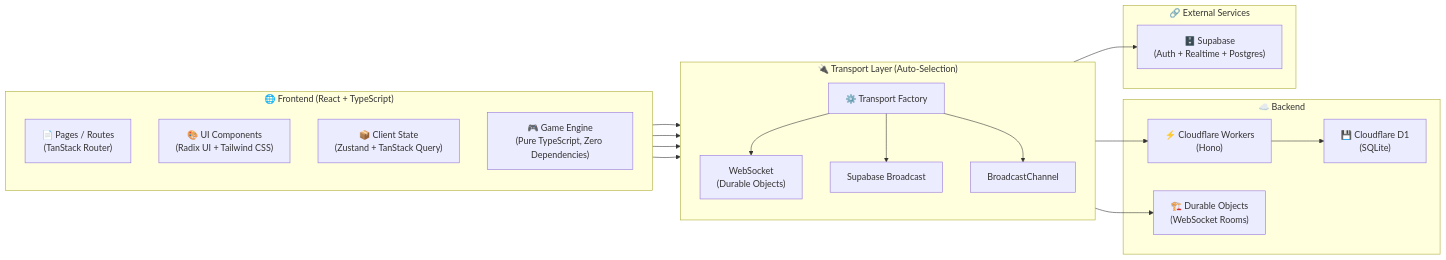
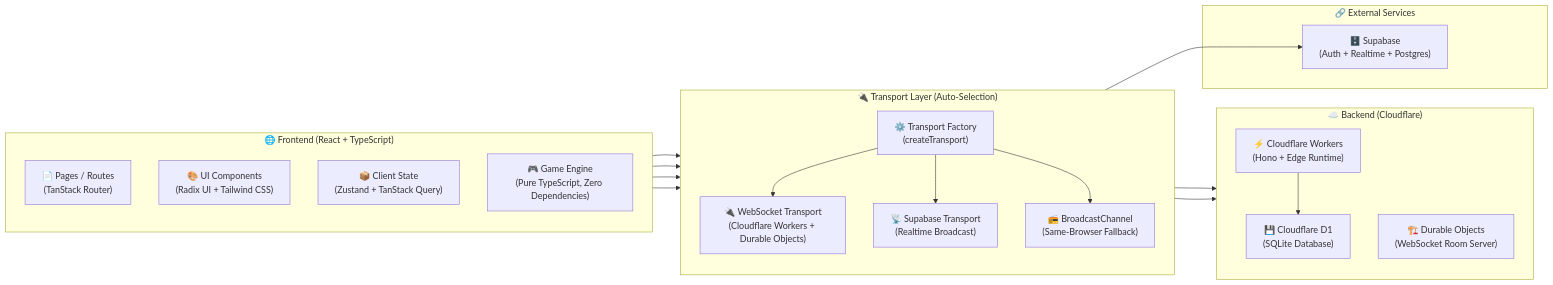
The diagram in README.md (itzbyteglitch/WildCards), drawn with Mermaid before and after one commit. The commit also changed other lines of this file, not shown here.

````diff
--- a/README.md
+++ b/README.md
@@ -94,40 +93,41 @@
 ```mermaid
 flowchart LR
     subgraph Frontend["🌐 Frontend (React + TypeScript)"]
         direction TB
         Routes["📄 Pages / Routes<br/>(TanStack Router)"]
         UIKit["🎨 UI Components<br/>(Radix UI + Tailwind CSS)"]
         State["📦 Client State<br/>(Zustand + TanStack Query)"]
         Engine["🎮 Game Engine<br/>(Pure TypeScript, Zero Dependencies)"]
     end
 
     subgraph Transport["🔌 Transport Layer (Auto-Selection)"]
         direction TB
-        Factory["⚙️ Transport Factory"]
-        WS["WebSocket<br/>(Durable Objects)"]
-        SupabaseTransport["Supabase Broadcast"]
-        BroadcastTransport["BroadcastChannel"]
+        Factory["⚙️ Transport Factory<br/>(createTransport)"]
+        WS["🔌 WebSocket Transport<br/>(Cloudflare Workers + Durable Objects)"]
+        SupabaseTransport["📡 Supabase Transport<br/>(Realtime Broadcast)"]
+        Broadcast["📻 BroadcastChannel<br/>(Same-Browser Fallback)"]
     end
 
-    subgraph Backend["☁️ Backend"]
-        Workers["⚡ Cloudflare Workers<br/>(Hono)"]
-        DurableObjects["🏗️ Durable Objects<br/>(WebSocket Rooms)"]
-        D1["💾 Cloudflare D1<br/>(SQLite)"]
+    subgraph Backend["☁️ Backend (Cloudflare)"]
+        direction TB
+        Workers["⚡ Cloudflare Workers<br/>(Hono + Edge Runtime)"]
+        DO["🏗️ Durable Objects<br/>(WebSocket Room Server)"]
+        D1["💾 Cloudflare D1<br/>(SQLite Database)"]
     end
 
     subgraph External["🔗 External Services"]
         Supabase["🗄️ Supabase<br/>(Auth + Realtime + Postgres)"]
     end
 
     Routes --> Factory
     UIKit --> Factory
     State --> Factory
     Engine --> Factory
     Factory --> WS
     Factory --> SupabaseTransport
-    Factory --> BroadcastTransport
+    Factory --> Broadcast
     WS --> Workers
-    WS --> DurableObjects
+    WS --> DO
     Workers --> D1
     SupabaseTransport --> Supabase
 ```
````
